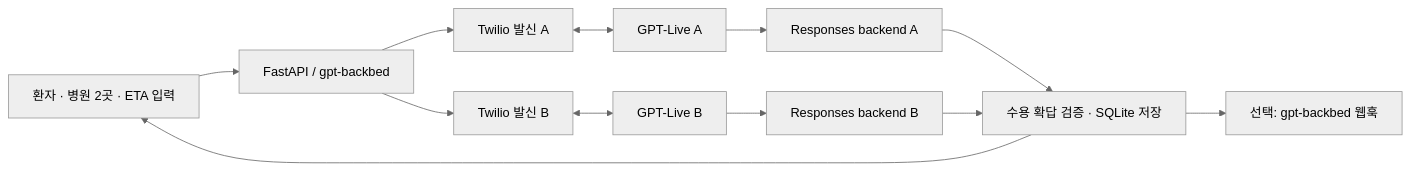
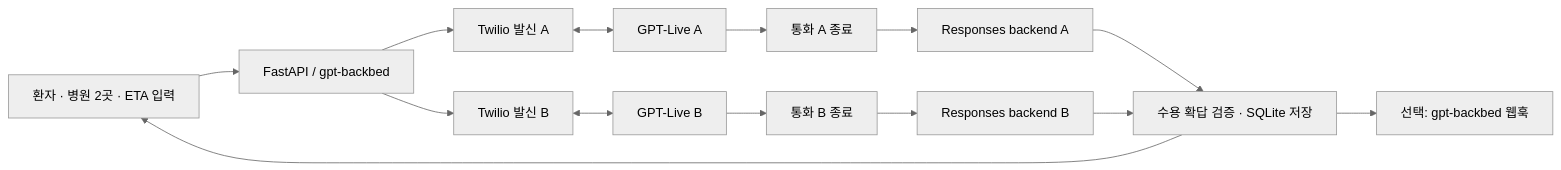
Before and after one commit to Munhyeon35/OpenAI-devday-hackathon: the diagram in docs/hospital-dispatch.md, drawn with Mermaid (neutral theme). The commit also changed other lines of this file and 14 other files, not shown here.

````diff
--- a/docs/hospital-dispatch.md
+++ b/docs/hospital-dispatch.md
@@ -60,14 +60,16 @@
 ```mermaid
 flowchart LR
     UI[환자 · 병원 2곳 · ETA 입력] --> API[FastAPI / gpt-backbed]
     API --> A[Twilio 발신 A]
     API --> B[Twilio 발신 B]
     A <--> LA[GPT-Live A]
     B <--> LB[GPT-Live B]
-    LA --> BA[Responses backend A]
-    LB --> BB[Responses backend B]
+    LA --> EA[통화 A 종료]
+    LB --> EB[통화 B 종료]
+    EA --> BA[Responses backend A]
+    EB --> BB[Responses backend B]
     BA --> D[수용 확답 검증 · SQLite 저장]
     BB --> D
     D --> UI
     D --> W[선택: gpt-backbed 웹훅]
 ```
````
